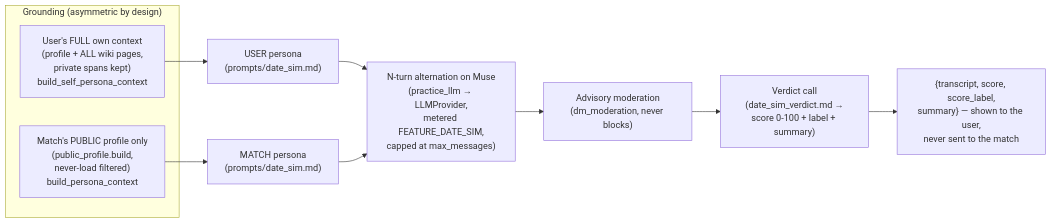
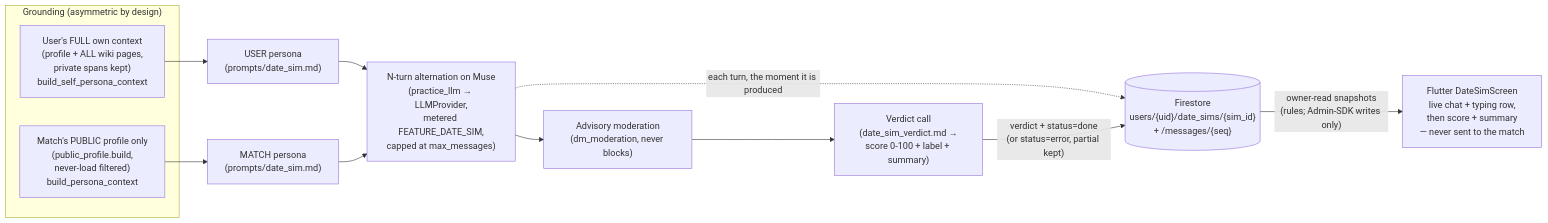
Diagram 11 of 12 in docs/ARCHITECTURE.md (suhailps93/ayma-v2), drawn with Mermaid before and after one commit. The commit also changed other lines of this file and 11 other files, not shown here.

First line of the commit message:
Date sim: stream the AI-to-AI conversation live via Firestore

````diff
--- a/docs/ARCHITECTURE.md
+++ b/docs/ARCHITECTURE.md
@@ -1782,13 +1782,15 @@
 ```mermaid
 flowchart LR
   subgraph grounding["Grounding (asymmetric by design)"]
     U["User's FULL own context<br/>(profile + ALL wiki pages,<br/>private spans kept)<br/>build_self_persona_context"]
     M["Match's PUBLIC profile only<br/>(public_profile.build,<br/>never-load filtered)<br/>build_persona_context"]
   end
   U --> P1["USER persona<br/>(prompts/date_sim.md)"]
   M --> P2["MATCH persona<br/>(prompts/date_sim.md)"]
   P1 & P2 --> LOOP["N-turn alternation on Muse<br/>(practice_llm → LLMProvider,<br/>metered FEATURE_DATE_SIM,<br/>capped at max_messages)"]
   LOOP --> MOD["Advisory moderation<br/>(dm_moderation, never blocks)"]
   MOD --> V["Verdict call<br/>(date_sim_verdict.md →<br/>score 0-100 + label + summary)"]
-  V --> OUT["{transcript, score, score_label,<br/>summary} — shown to the user,<br/>never sent to the match"]
+  LOOP -. "each turn, the moment it is produced" .-> FS[("Firestore<br/>users/{uid}/date_sims/{sim_id}<br/>+ /messages/{seq}")]
+  V -- "verdict + status=done<br/>(or status=error, partial kept)" --> FS
+  FS -- "owner-read snapshots<br/>(rules; Admin-SDK writes only)" --> UI["Flutter DateSimScreen<br/>live chat + typing row,<br/>then score + summary<br/>— never sent to the match"]
 ```
````
